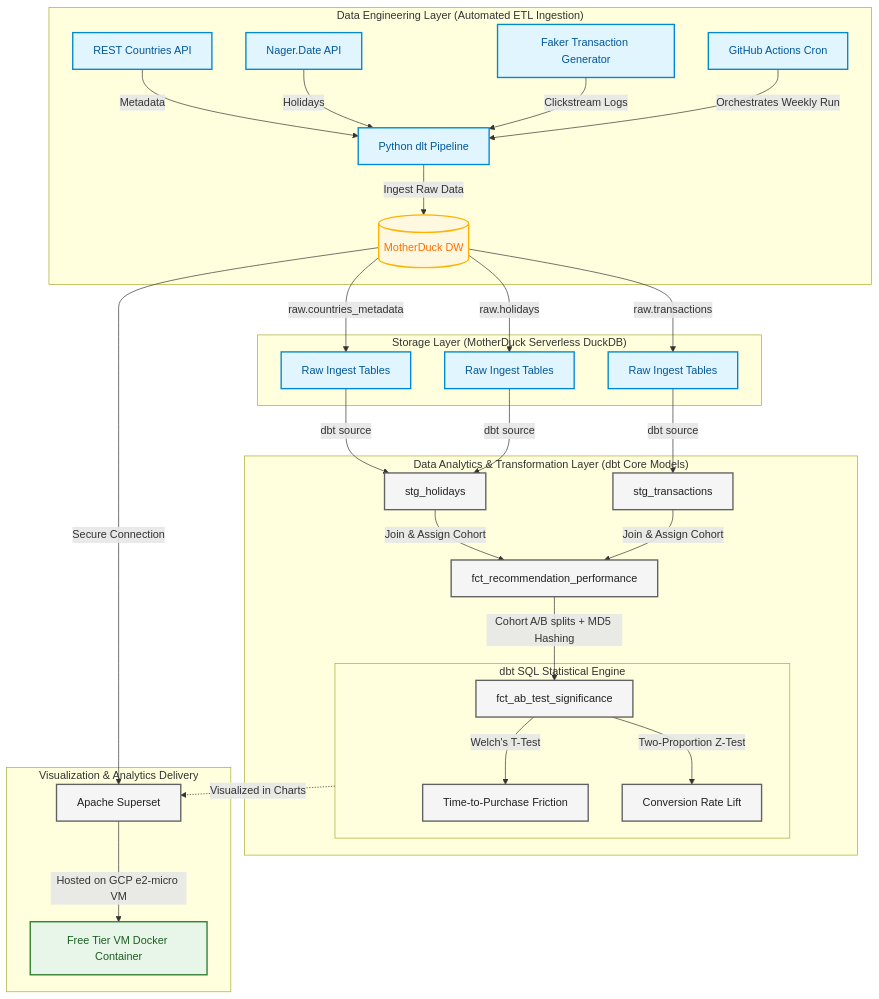
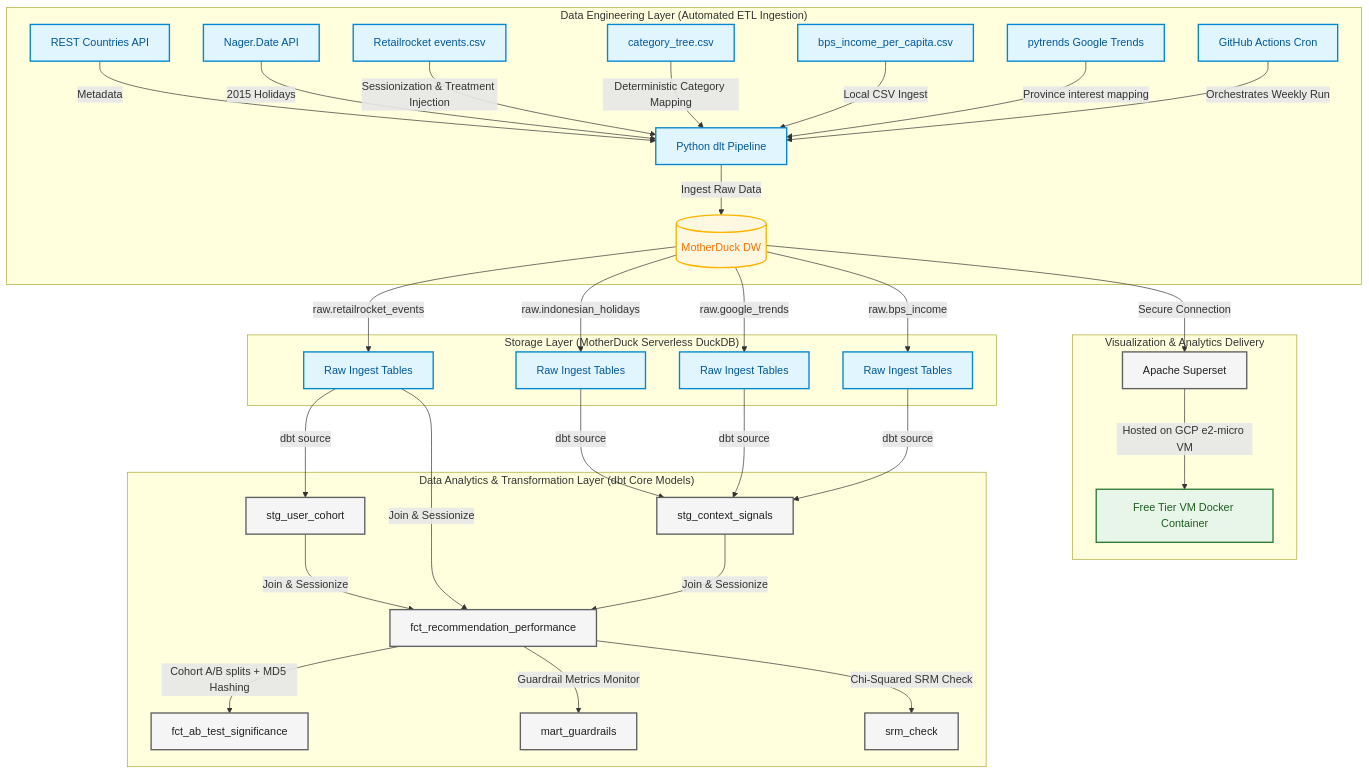
Before and after one commit to SMJ-205/Indonesian-recommendation-friction-lab: the diagram in README.md, drawn with Mermaid. The commit also changed other lines of this file, not shown here.

````diff
--- a/README.md
+++ b/README.md
@@ -15,52 +17,49 @@
 ```mermaid
 graph TD
     %% Styling
     classDef de fill:#e1f5fe,stroke:#0288d1,stroke-width:2px,color:#01579b;
     classDef da fill:#f5f5f5,stroke:#616161,stroke-width:2px,color:#212121;
     classDef storage fill:#fff8e1,stroke:#ffb300,stroke-width:2px,color:#ff6f00;
     classDef trigger fill:#e8f5e9,stroke:#2e7d32,stroke-width:2px,color:#1b5e20;
 
     subgraph Data_Engineering_POV ["Data Engineering Layer (Automated ETL Ingestion)"]
         A1[REST Countries API] -->|Metadata| B[Python dlt Pipeline]
-        A2[Nager.Date API] -->|Holidays| B
-        A3[Faker Transaction Generator] -->|Clickstream Logs| B
+        A2[Nager.Date API] -->|2015 Holidays| B
+        A3[Retailrocket events.csv] -->|Sessionization & Treatment Injection| B
+        A4[category_tree.csv] -->|Deterministic Category Mapping| B
+        A5[bps_income_per_capita.csv] -->|Local CSV Ingest| B
+        A6[pytrends Google Trends] -->|Province interest mapping| B
         
         B -->|Ingest Raw Data| C[(MotherDuck DW)]
-        
         GHA[GitHub Actions Cron] -->|Orchestrates Weekly Run| B
     end
 
     subgraph Database_Layer ["Storage Layer (MotherDuck Serverless DuckDB)"]
-        C -->|raw.countries_metadata| D1[Raw Ingest Tables]
-        C -->|raw.holidays| D2[Raw Ingest Tables]
-        C -->|raw.transactions| D3[Raw Ingest Tables]
+        C -->|raw.retailrocket_events| D1[Raw Ingest Tables]
+        C -->|raw.indonesian_holidays| D2[Raw Ingest Tables]
+        C -->|raw.google_trends| D3[Raw Ingest Tables]
+        C -->|raw.bps_income| D4[Raw Ingest Tables]
     end
 
     subgraph Data_Analytics_POV ["Data Analytics & Transformation Layer (dbt Core Models)"]
-        D1 -->|dbt source| E1[stg_holidays]
-        D2 -->|dbt source| E1
-        D3 -->|dbt source| E2[stg_transactions]
+        D1 -->|dbt source| E1[stg_user_cohort]
+        D2 & D3 & D4 -->|dbt source| E2[stg_context_signals]
         
-        E1 & E2 -->|Join & Assign Cohort| F1[fct_recommendation_performance]
+        E1 & E2 & D1 -->|Join & Sessionize| F1[fct_recommendation_performance]
         
         F1 -->|Cohort A/B splits + MD5 Hashing| F2[fct_ab_test_significance]
-        
-        subgraph Stats_Engine ["dbt SQL Statistical Engine"]
-            F2 -->|Welch's T-Test| T[Time-to-Purchase Friction]
-            F2 -->|Two-Proportion Z-Test| Z[Conversion Rate Lift]
-        end
+        F1 -->|Guardrail Metrics Monitor| F3[mart_guardrails]
+        F1 -->|Chi-Squared SRM Check| F4[srm_check]
     end
 
     subgraph Visualization_Layer ["Visualization & Analytics Delivery"]
         C -->|Secure Connection| S[Apache Superset]
         S -->|Hosted on GCP e2-micro VM| VM[Free Tier VM Docker Container]
-        
-        Stats_Engine -.->|Visualized in Charts| S
     end
 
     %% Apply Classes
-    class A1,A2,A3,B,GHA,D1,D2,D3 de;
-    class E1,E2,F1,F2,T,Z,S da;
+    class A1,A2,A3,A4,A5,A6,B,GHA,D1,D2,D3,D4 de;
+    class E1,E2,F1,F2,F3,F4,S da;
     class C storage;
     class VM trigger;
 ```
````
